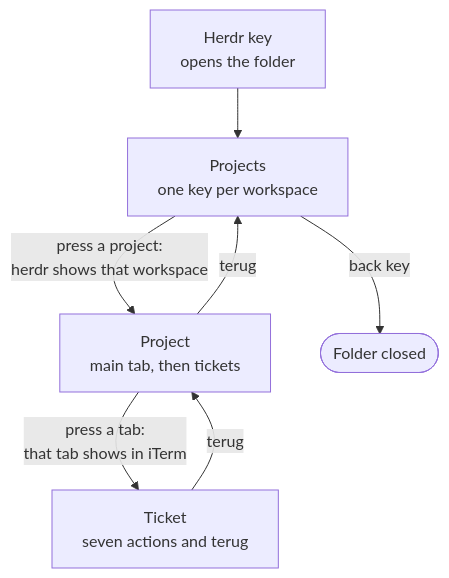
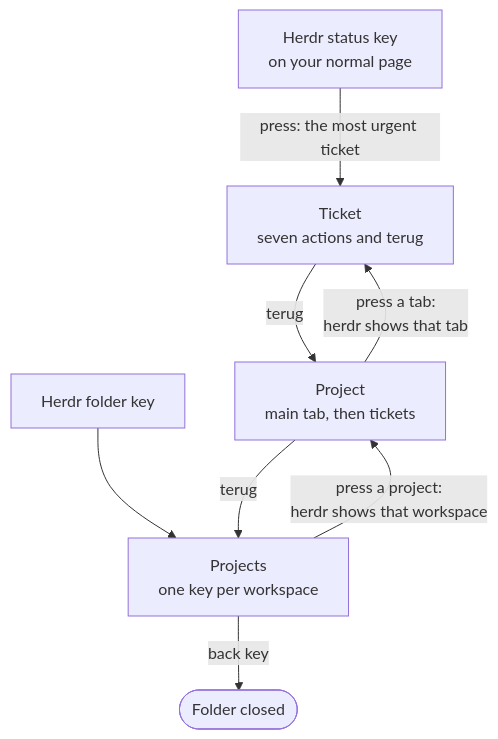
One commit to PieterLuypaert/helm changed the first of 7 diagrams in docs/flows.md. Above: the diagram before and after it, drawn with Mermaid. The commit also changed other lines of this file and 2 other files, not shown here.

````diff
--- a/docs/flows.md
+++ b/docs/flows.md
@@ -9,9 +29,10 @@
 ```mermaid
 flowchart TD
-    key["Herdr key<br/>opens the folder"] --> projects["Projects<br/>one key per workspace"]
+    status["Herdr status key<br/>on your normal page"] -->|"press: the most urgent ticket"| ticket
+    key["Herdr folder key"] --> projects["Projects<br/>one key per workspace"]
     projects -->|"press a project:<br/>herdr shows that workspace"| project["Project<br/>main tab, then tickets"]
-    project -->|"press a tab:<br/>that tab shows in iTerm"| ticket["Ticket<br/>seven actions and terug"]
+    project -->|"press a tab:<br/>herdr shows that tab"| ticket["Ticket<br/>seven actions and terug"]
     ticket -->|terug| project
     project -->|terug| projects
     projects -->|back key| closed(["Folder closed"])
 ```
````
